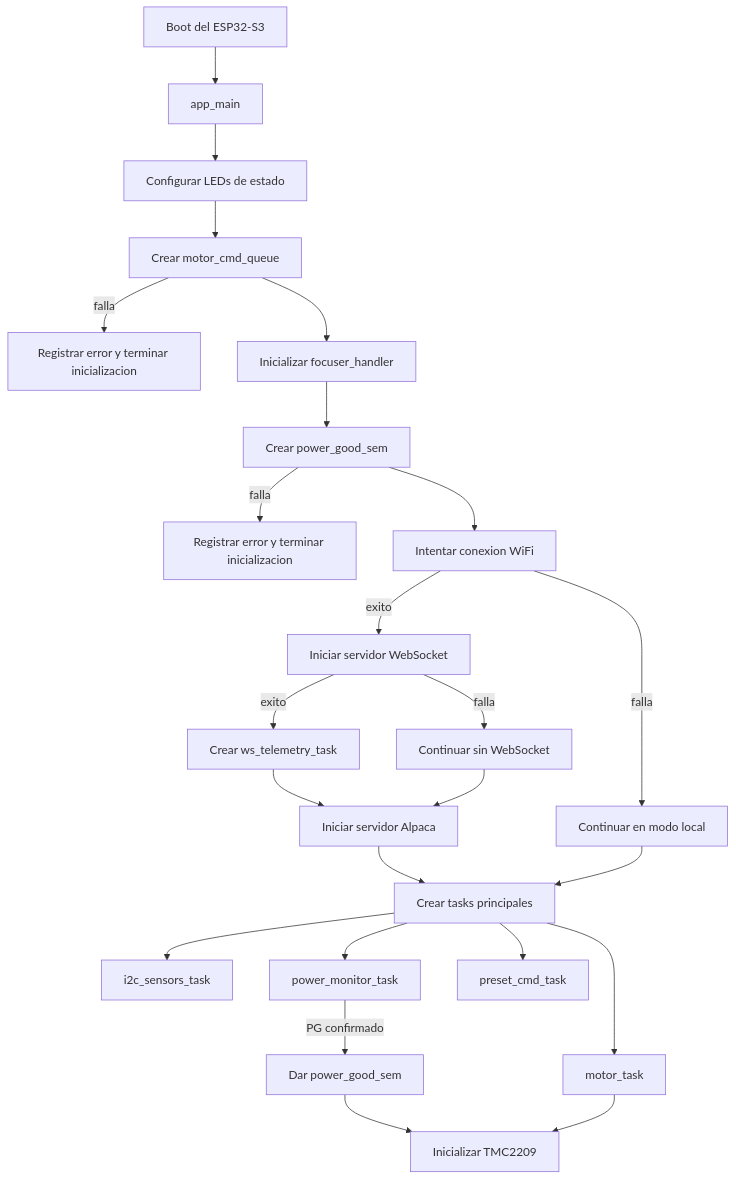
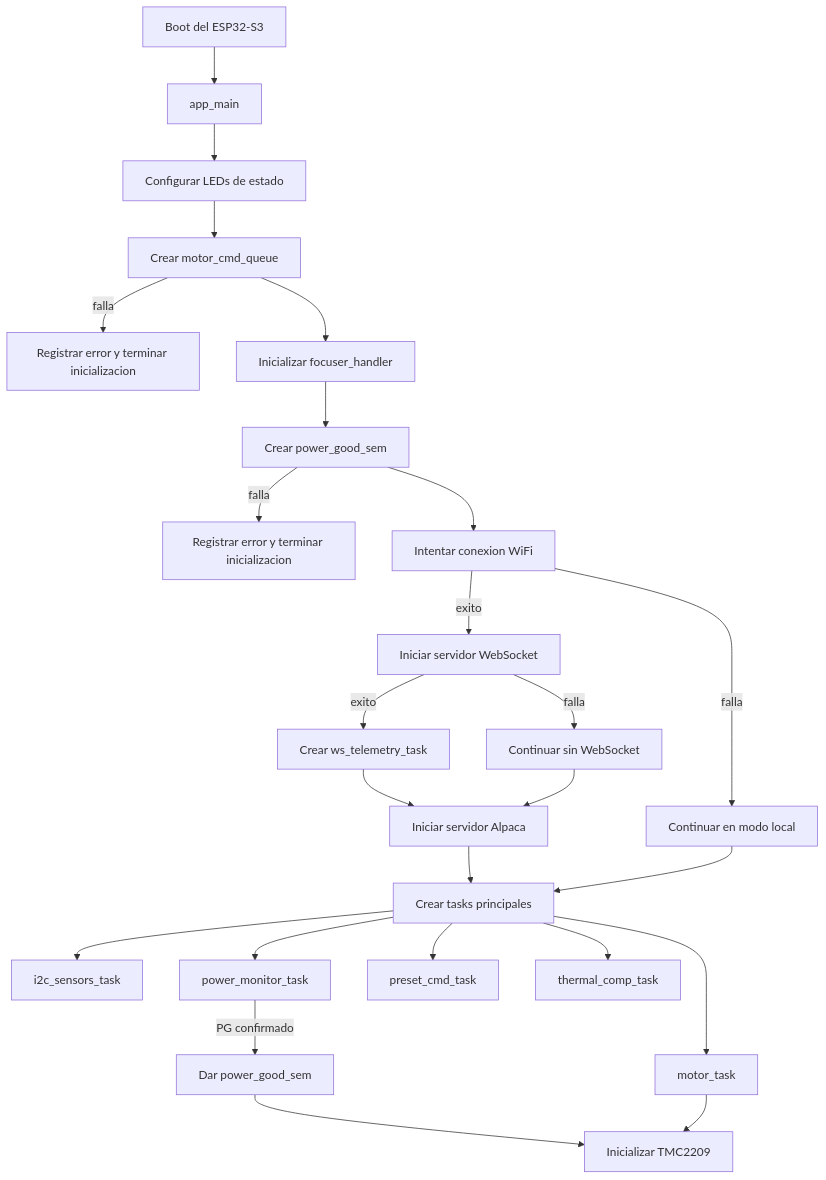
One commit to Fellbowl/alpaca-pcb changed the first of 3 diagrams in main/workflow_general.md. Above: the diagram before and after it, drawn with Mermaid. The commit also changed other lines of this file and 4 other files, not shown here.

````diff
--- a/main/workflow_general.md
+++ b/main/workflow_general.md
@@ -11,26 +11,27 @@
 ```mermaid
 flowchart TD
     BOOT[Boot del ESP32-S3] --> APP[app_main]
     APP --> LED[Configurar LEDs de estado]
     LED --> QUEUE[Crear motor_cmd_queue]
     QUEUE -->|falla| STOP1[Registrar error y terminar inicializacion]
     QUEUE --> FH[Inicializar focuser_handler]
     FH --> SEM[Crear power_good_sem]
     SEM -->|falla| STOP2[Registrar error y terminar inicializacion]
     SEM --> WIFI[Intentar conexion WiFi]
     WIFI -->|falla| LOCAL[Continuar en modo local]
     WIFI -->|exito| WS[Iniciar servidor WebSocket]
     WS -->|exito| TELEMETRY[Crear ws_telemetry_task]
     WS -->|falla| NO_WS[Continuar sin WebSocket]
     TELEMETRY --> ALPACA[Iniciar servidor Alpaca]
     NO_WS --> ALPACA
     ALPACA --> TASKS[Crear tasks principales]
     LOCAL --> TASKS
     TASKS --> MOTOR[motor_task]
     TASKS --> SENSORS[i2c_sensors_task]
     TASKS --> POWER[power_monitor_task]
     TASKS --> PRESET[preset_cmd_task]
+    TASKS --> THERMAL[thermal_comp_task]
     POWER -->|PG confirmado| SEMAPHORE[Dar power_good_sem]
     SEMAPHORE --> MOTOR_INIT[Inicializar TMC2209]
     MOTOR --> MOTOR_INIT
 ```
````
